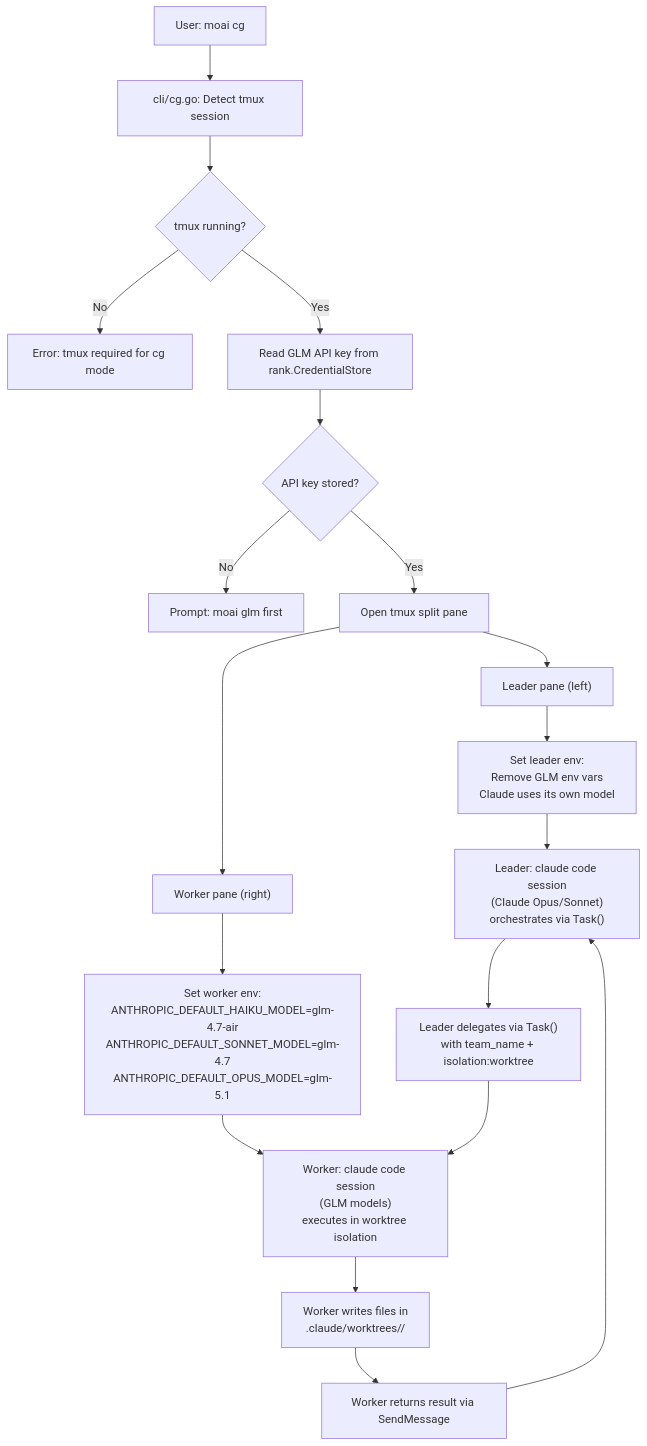
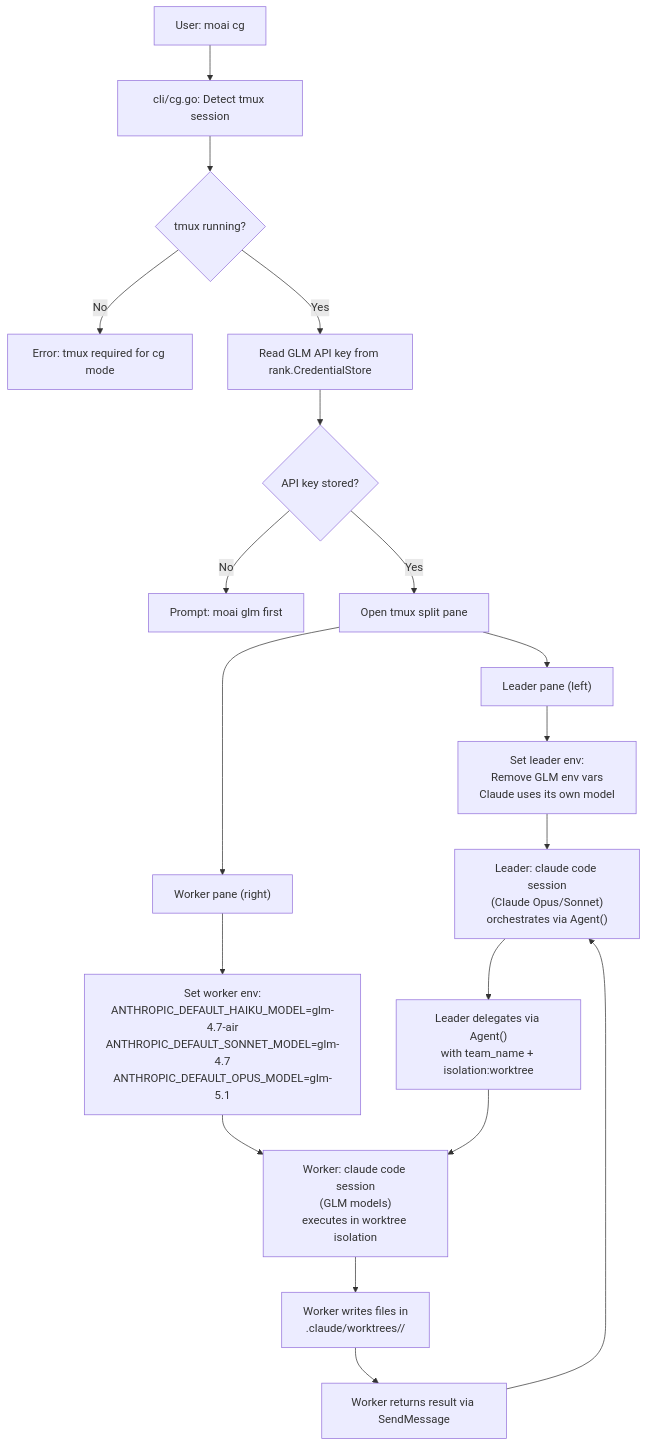
One commit to modu-ai/moai-adk changed the fifth of 6 diagrams in .moai/project/codemaps/data-flow.md. Above: the diagram before and after it, drawn with Mermaid. The commit also changed 45 other files, not shown here.

````diff
--- a/.moai/project/codemaps/data-flow.md
+++ b/.moai/project/codemaps/data-flow.md
@@ -196,25 +196,25 @@
 ```mermaid
 flowchart TD
     A["User: moai cg"] --> B["cli/cg.go: Detect tmux session"]
     B --> C{"tmux running?"}
     C -- No --> D["Error: tmux required for cg mode"]
     C -- Yes --> E["Read GLM API key from rank.CredentialStore"]
     E --> F{"API key stored?"}
     F -- No --> G["Prompt: moai glm <api-key> first"]
     F -- Yes --> H["Open tmux split pane"]
 
     H --> I["Leader pane (left)"]
     H --> J["Worker pane (right)"]
 
     I --> K["Set leader env:\nRemove GLM env vars\nClaude uses its own model"]
     J --> L["Set worker env:\nANTHROPIC_DEFAULT_HAIKU_MODEL=glm-4.7-air\nANTHROPIC_DEFAULT_SONNET_MODEL=glm-4.7\nANTHROPIC_DEFAULT_OPUS_MODEL=glm-5.1"]
 
-    K --> M["Leader: claude code session\n(Claude Opus/Sonnet)\norchestrates via Task()"]
+    K --> M["Leader: claude code session\n(Claude Opus/Sonnet)\norchestrates via Agent()"]
     L --> N["Worker: claude code session\n(GLM models)\nexecutes in worktree isolation"]
 
-    M --> O["Leader delegates via Task()\nwith team_name + isolation:worktree"]
+    M --> O["Leader delegates via Agent()\nwith team_name + isolation:worktree"]
     O --> N
     N --> P["Worker writes files in\n.claude/worktrees/<name>/"]
     P --> Q["Worker returns result via SendMessage"]
     Q --> M
 ```
````
